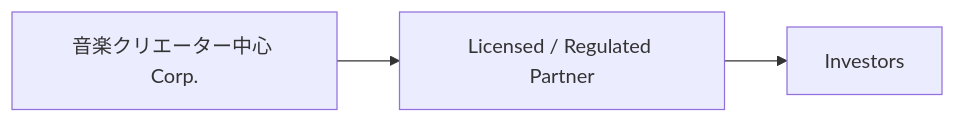
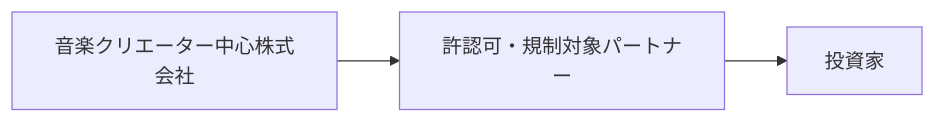
One commit to ShigeichiroYamasaki/creator-first-platform changed diagram 16 of 45 in docs/whitepaper/11-legal-sto-tax.md. Above: the diagram before and after it, drawn with Mermaid. The commit also changed other lines of this file and 72 other files, not shown here.

````diff
--- a/docs/whitepaper/11-legal-sto-tax.md
+++ b/docs/whitepaper/11-legal-sto-tax.md
@@ -470,8 +470,8 @@
 ```mermaid
 flowchart LR
-    CFP[音楽クリエーター中心 Corp.]
-    PARTNER[Licensed / Regulated Partner]
-    INVESTOR[Investors]
+    CFP[音楽クリエーター中心株式会社]
+    PARTNER[許認可・規制対象パートナー]
+    INVESTOR[投資家]
 
     CFP --> PARTNER --> INVESTOR
 ```
````
